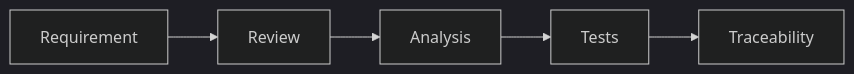
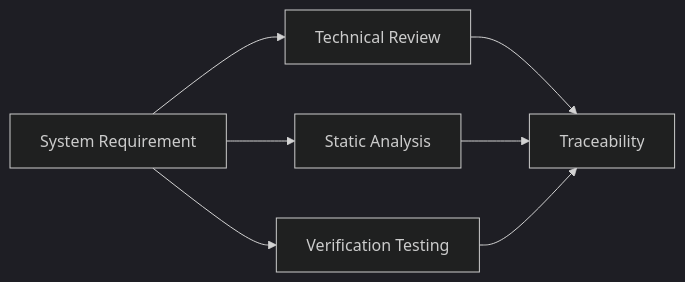
The fourth of 4 diagrams in doc/requirements/system-requirements.md (RomanBuchert/VirtUSB), drawn with Mermaid (dark theme) before and after one commit. The commit also changed other lines of this file and 6 other files, not shown here.

First line of the commit message:
docs: refine architecture and requirements documentation (WIP)

````diff
--- a/doc/requirements/system-requirements.md
+++ b/doc/requirements/system-requirements.md
@@ -521,7 +666,15 @@
 ```mermaid
 flowchart LR
-   Req[Requirement] --> Review
-   Review --> Analysis
-   Analysis --> Tests
-   Tests --> Traceability
+   Req["System Requirement"]
+   Review["Technical Review"]
+   Analysis["Static Analysis"]
+   Test["Verification Testing"]
+   Trace["Traceability"]
+
+   Req --> Review
+   Req --> Analysis
+   Req --> Test
+   Review --> Trace
+   Analysis --> Trace
+   Test --> Trace
 ```
````
